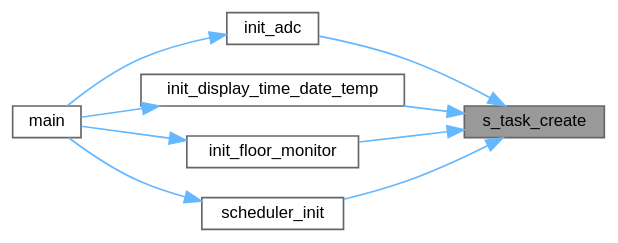
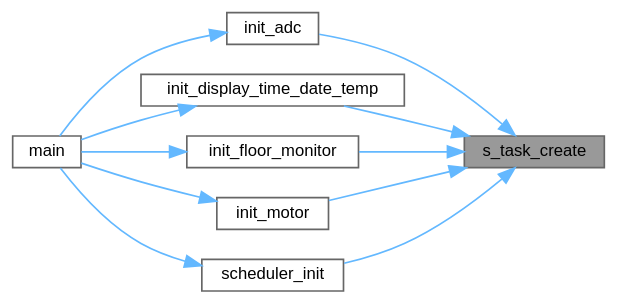
Before and after one commit to Ghaadyy/elevator-controller: the diagram in dev/scheduler_8c_aa30bd78cb4f99124163a56d65a6cf27f_icgraph.dot, drawn with Graphviz. The commit also changed 95 other files, not shown here.

```diff
--- a/dev/scheduler_8c_aa30bd78cb4f99124163a56d65a6cf27f_icgraph.dot
+++ b/dev/scheduler_8c_aa30bd78cb4f99124163a56d65a6cf27f_icgraph.dot
@@ -1,22 +1,25 @@
 digraph "s_task_create"
 {
  // LATEX_PDF_SIZE
   bgcolor="transparent";
   edge [fontname=Helvetica,fontsize=10,labelfontname=Helvetica,labelfontsize=10];
   node [fontname=Helvetica,fontsize=10,shape=box,height=0.2,width=0.4];
   rankdir="RL";
   Node1 [id="Node000001",label="s_task_create",height=0.2,width=0.4,color="gray40", fillcolor="grey60", style="filled", fontcolor="black",tooltip=" "];
   Node1 -> Node2 [id="edge1_Node000001_Node000002",dir="back",color="steelblue1",style="solid",tooltip=" "];
   Node2 [id="Node000002",label="init_adc",height=0.2,width=0.4,color="grey40", fillcolor="white", style="filled",URL="$adc_8c.html#a3d7b3a08f92c17af6f1729e423a8e138",tooltip=" "];
   Node2 -> Node3 [id="edge2_Node000002_Node000003",dir="back",color="steelblue1",style="solid",tooltip=" "];
   Node3 [id="Node000003",label="main",height=0.2,width=0.4,color="grey40", fillcolor="white", style="filled",URL="$main_8c.html#acdef7a1fd863a6d3770c1268cb06add3",tooltip=" "];
   Node1 -> Node4 [id="edge3_Node000001_Node000004",dir="back",color="steelblue1",style="solid",tooltip=" "];
   Node4 [id="Node000004",label="init_display_time_date_temp",height=0.2,width=0.4,color="grey40", fillcolor="white", style="filled",URL="$display__time__date__temp_8c.html#a08d88c70d567692f6f4900a3842eda5a",tooltip="Initialize and start the task."];
   Node4 -> Node3 [id="edge4_Node000004_Node000003",dir="back",color="steelblue1",style="solid",tooltip=" "];
   Node1 -> Node5 [id="edge5_Node000001_Node000005",dir="back",color="steelblue1",style="solid",tooltip=" "];
   Node5 [id="Node000005",label="init_floor_monitor",height=0.2,width=0.4,color="grey40", fillcolor="white", style="filled",URL="$floor_8c.html#af2aa45cd3f888a21f47b3d4ae6c5bb30",tooltip="Initializes a task that monitors the floor state."];
   Node5 -> Node3 [id="edge6_Node000005_Node000003",dir="back",color="steelblue1",style="solid",tooltip=" "];
   Node1 -> Node6 [id="edge7_Node000001_Node000006",dir="back",color="steelblue1",style="solid",tooltip=" "];
-  Node6 [id="Node000006",label="scheduler_init",height=0.2,width=0.4,color="grey40", fillcolor="white", style="filled",URL="$scheduler_8c.html#a9e691eab2c26becb246e80421cfdd571",tooltip=" "];
+  Node6 [id="Node000006",label="init_motor",height=0.2,width=0.4,color="grey40", fillcolor="white", style="filled",URL="$motor_8c.html#a10f8eee1390e28e414927e87161afb6d",tooltip="Initializes the motor task but does not activate it initially."];
   Node6 -> Node3 [id="edge8_Node000006_Node000003",dir="back",color="steelblue1",style="solid",tooltip=" "];
+  Node1 -> Node7 [id="edge9_Node000001_Node000007",dir="back",color="steelblue1",style="solid",tooltip=" "];
+  Node7 [id="Node000007",label="scheduler_init",height=0.2,width=0.4,color="grey40", fillcolor="white", style="filled",URL="$scheduler_8c.html#a9e691eab2c26becb246e80421cfdd571",tooltip=" "];
+  Node7 -> Node3 [id="edge10_Node000007_Node000003",dir="back",color="steelblue1",style="solid",tooltip=" "];
 }
```
